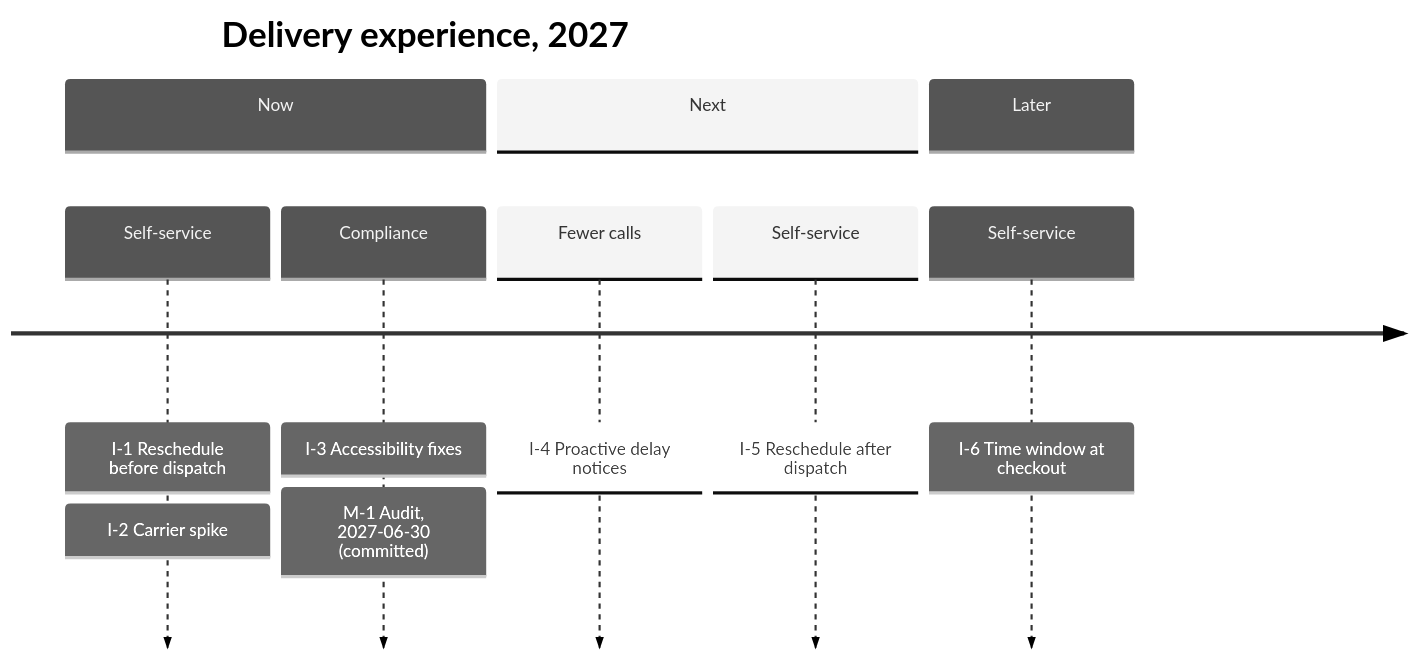
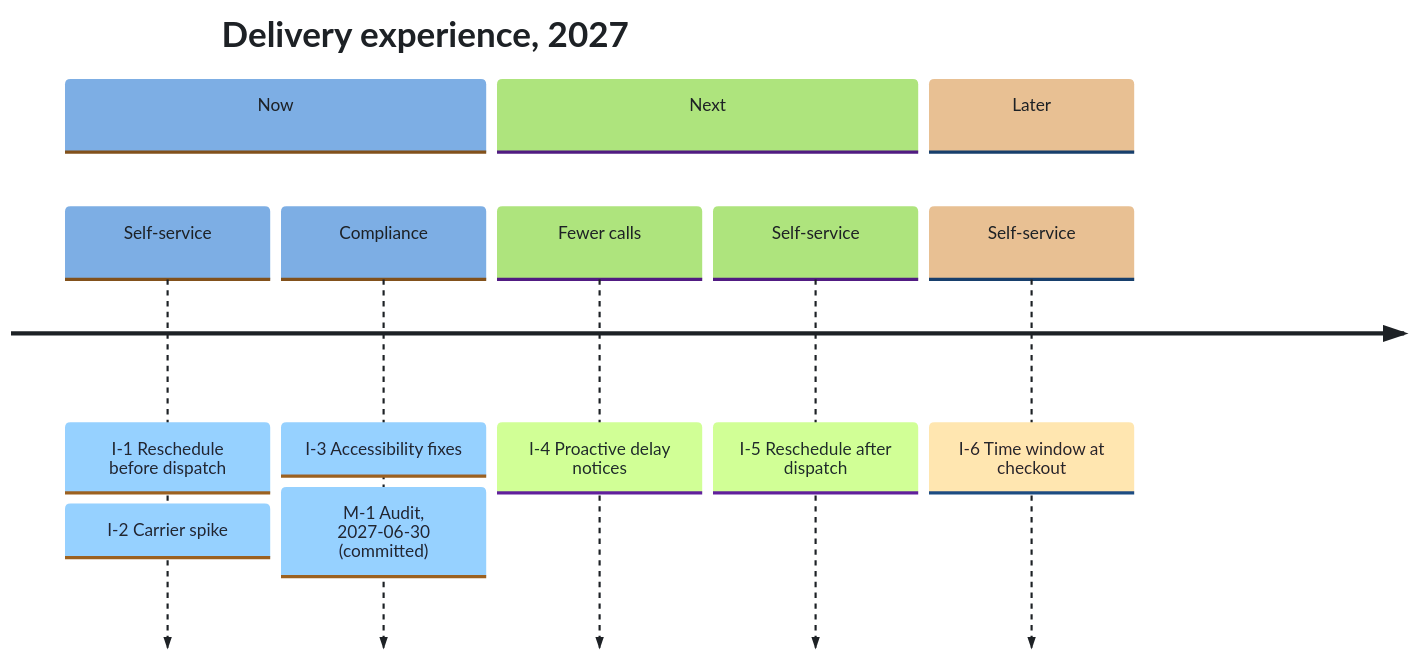
The first of 2 diagrams in content/packs/product/skills/roadmap-generator/references/executive-view.md (julimonte03/exo-harness), drawn with Mermaid before and after one commit. The commit also changed other lines of this file and 9 other files, not shown here.

````diff
--- a/content/packs/product/skills/roadmap-generator/references/executive-view.md
+++ b/content/packs/product/skills/roadmap-generator/references/executive-view.md
@@ -34,13 +34,13 @@
 ```mermaid
-%%{init: {"theme": "neutral"}}%%
+%%{init: {"theme": "base", "themeVariables": {"fontFamily": "system-ui, -apple-system, Segoe UI, Roboto, Helvetica Neue, Arial, sans-serif", "primaryColor": "#e7f0fa", "primaryTextColor": "#1d2125", "primaryBorderColor": "#0a58a8", "lineColor": "#7d8794", "textColor": "#1d2125", "clusterBkg": "#ffffff", "clusterBorder": "#7d8794"}}}%%
 timeline
   title Delivery experience, 2027
   section Now
     Self-service : I-1 Reschedule before dispatch : I-2 Carrier spike
     Compliance : I-3 Accessibility fixes : M-1 Audit, 2027-06-30 (committed)
   section Next
     Fewer calls : I-4 Proactive delay notices
     Self-service : I-5 Reschedule after dispatch
   section Later
     Self-service : I-6 Time window at checkout
 ```
````
